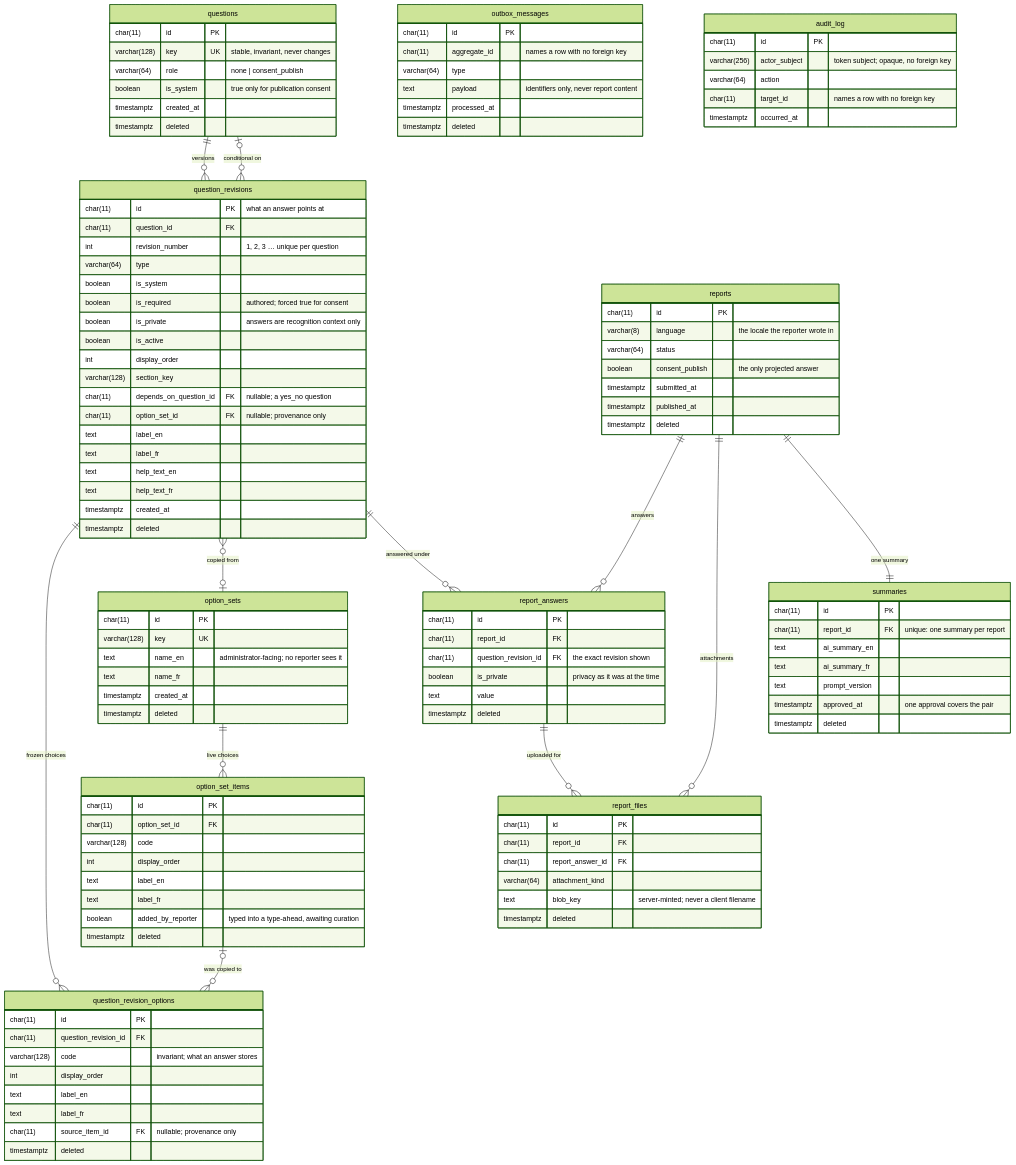
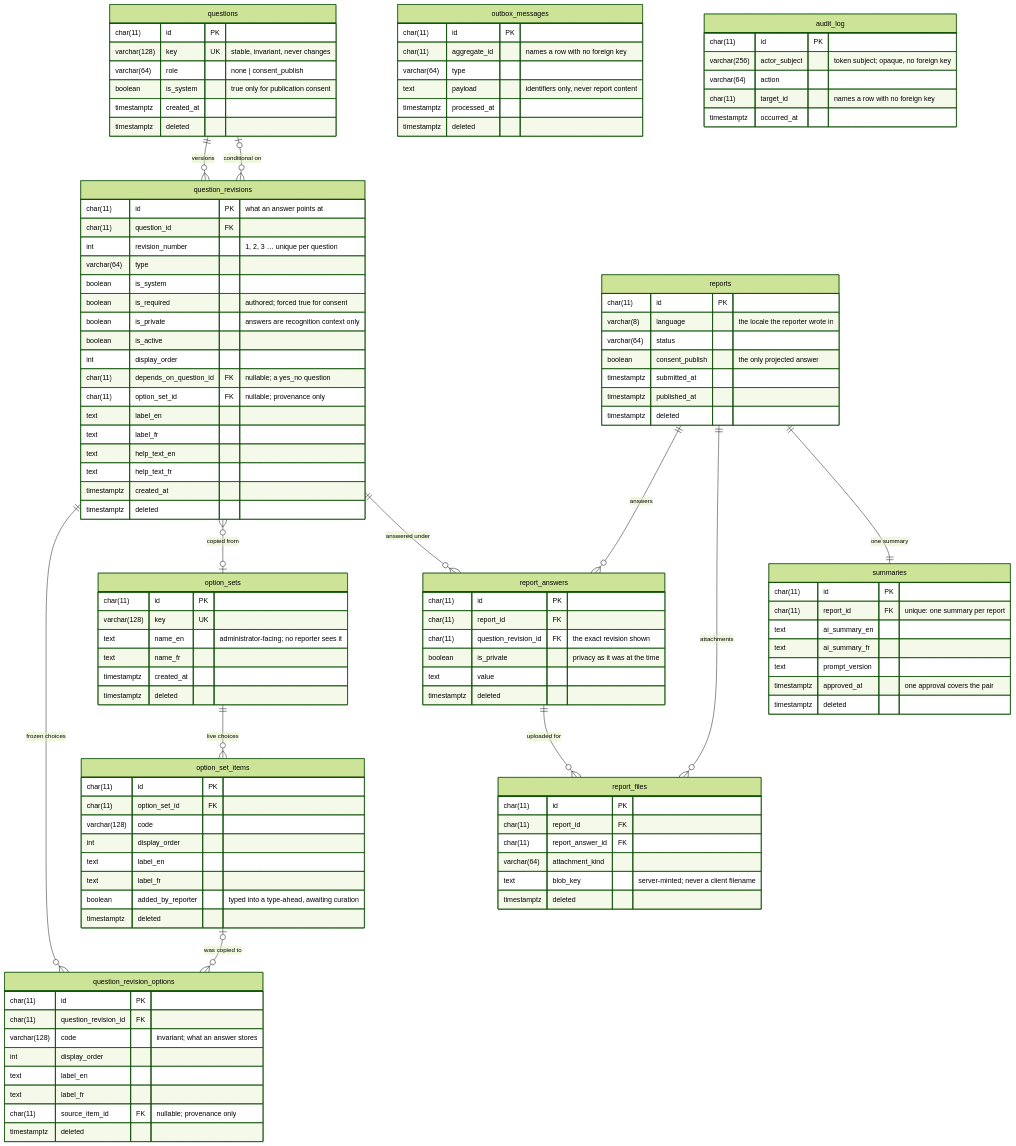
One commit to HPAC-Safety/safety-report changed the diagram in src/HpacSafety.Infrastructure/Persistence/Migrations/README.md. Above: the diagram before and after it, drawn with Mermaid (forest theme). The commit also changed other lines of this file and 35 other files, not shown here.

```diff
--- a/src/HpacSafety.Infrastructure/Persistence/Migrations/README.md
+++ b/src/HpacSafety.Infrastructure/Persistence/Migrations/README.md
@@ -80,7 +80,6 @@
         boolean is_private "answers are recognition context only"
         boolean is_active
         int display_order
-        varchar(128) section_key
         char(11) depends_on_question_id FK "nullable; a yes_no question"
         char(11) option_set_id FK "nullable; provenance only"
         text label_en
```
